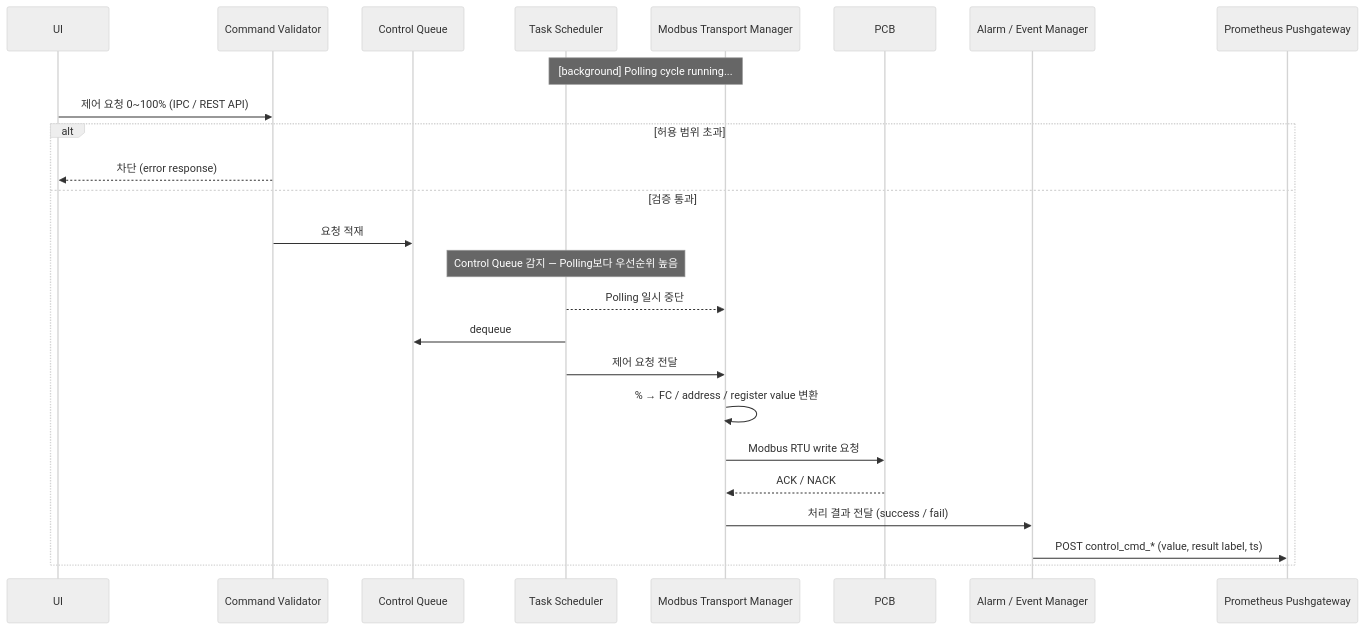
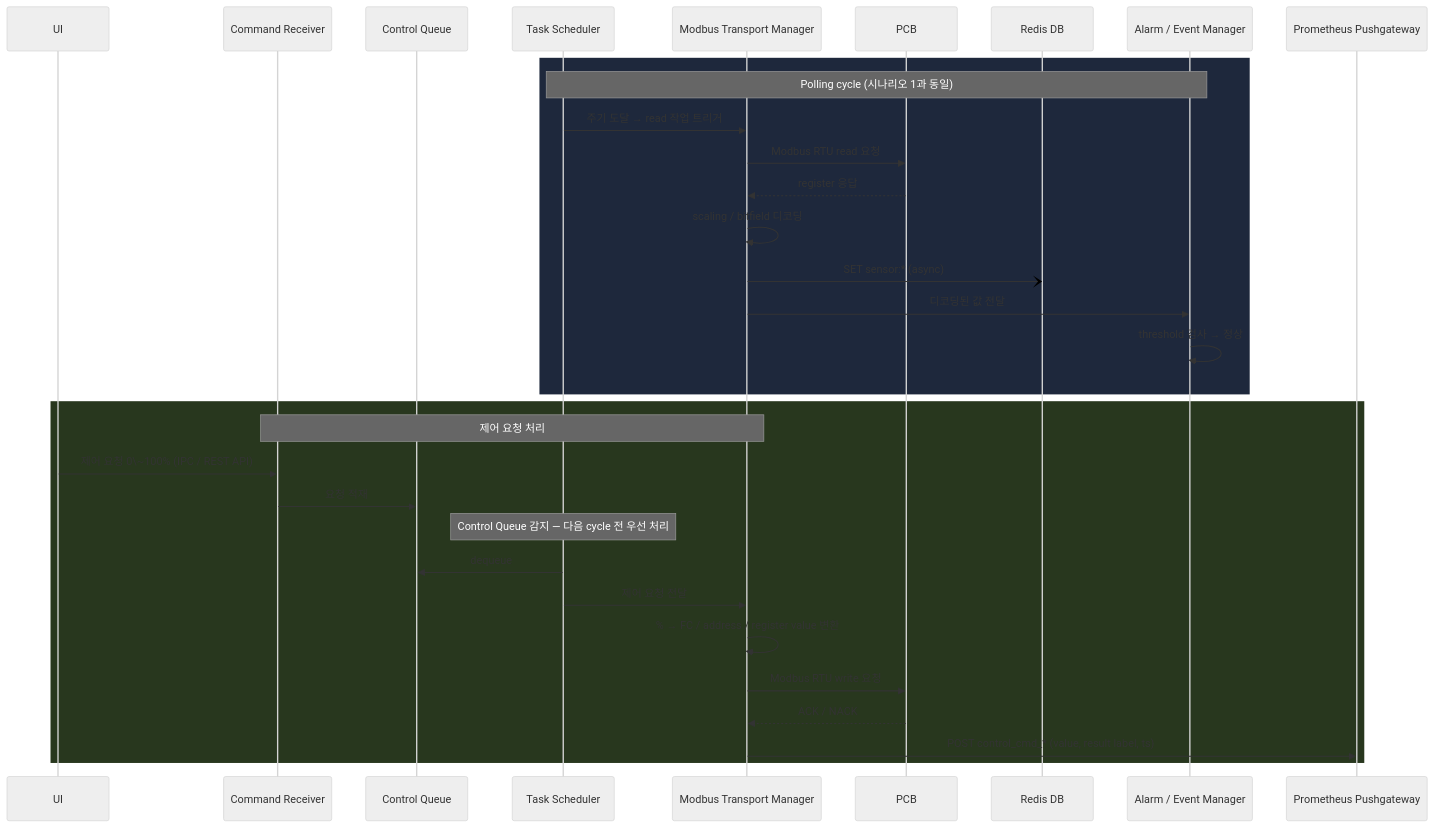
The second of 3 diagrams in docs/PCG.md (DEEPGadget/L2A_CDU_system), drawn with Mermaid (neutral theme) before and after one commit. The commit also changed other lines of this file, not shown here.

````diff
--- a/docs/PCG.md
+++ b/docs/PCG.md
@@ -189,29 +186,36 @@
 ```mermaid
 sequenceDiagram
     participant UI as UI
-    participant CV as Command Validator
+    participant CR as Command Receiver
     participant CQ as Control Queue
     participant TS as Task Scheduler
     participant MTM as Modbus Transport Manager
     participant PCB as PCB
+    participant Redis as Redis DB
     participant AEM as Alarm / Event Manager
     participant PGW as Prometheus Pushgateway
 
-    Note over TS,MTM: [background] Polling cycle running...
+    rect rgb(30, 40, 60)
+        Note over TS,AEM: Polling cycle (시나리오 1과 동일)
+        TS->>MTM: 주기 도달 → read 작업 트리거
+        MTM->>PCB: Modbus RTU read 요청
+        PCB-->>MTM: register 응답
+        MTM->>MTM: scaling / bitfield 디코딩
+        MTM-)Redis: SET sensor:* (async)
+        MTM->>AEM: 디코딩된 값 전달
+        AEM->>AEM: threshold 검사 → 정상
+    end
 
-    UI->>CV: 제어 요청 0~100% (IPC / REST API)
-    alt 허용 범위 초과
-        CV-->>UI: 차단 (error response)
-    else 검증 통과
-        CV->>CQ: 요청 적재
-        Note over TS: Control Queue 감지 — Polling보다 우선순위 높음
-        TS-->>MTM: Polling 일시 중단
+    rect rgb(40, 55, 30)
+        Note over CR,MTM: 제어 요청 처리
+        UI->>CR: 제어 요청 0\~100% (IPC / REST API)
+        CR->>CQ: 요청 적재
+        Note over TS: Control Queue 감지 — 다음 cycle 전 우선 처리
         TS->>CQ: dequeue
         TS->>MTM: 제어 요청 전달
         MTM->>MTM: % → FC / address / register value 변환
         MTM->>PCB: Modbus RTU write 요청
         PCB-->>MTM: ACK / NACK
-        MTM->>AEM: 처리 결과 전달 (success / fail)
-        AEM->>PGW: POST control_cmd_* (value, result label, ts)
+        MTM->>PGW: POST control_cmd_* (value, result label, ts)
     end
 ```
````
